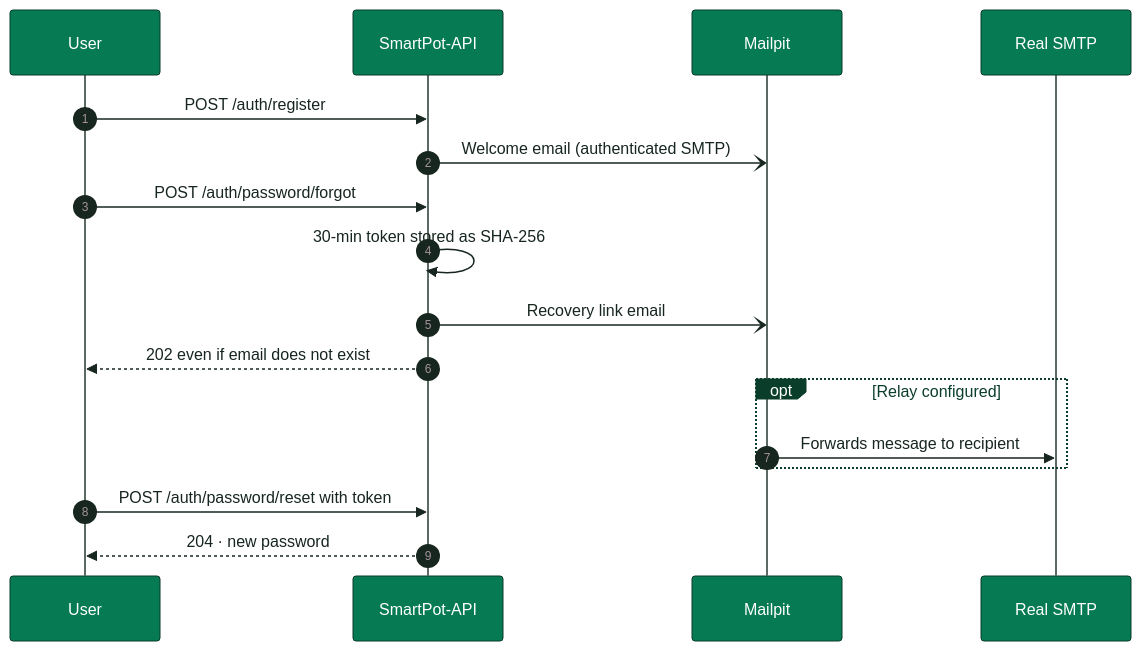
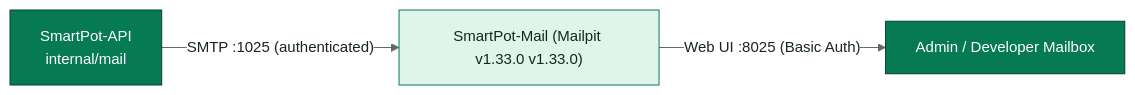
Before and after one commit to SmartPotTech/SmartPot-Mail: the second of 2 diagrams in docs/SmartPot_Mail_Documentation.md, drawn with Mermaid. The commit also changed other lines of this file and 8 other files, not shown here.

Commit message:
docs(specs): synchronize 100% english documentation, diagrams, and formal deliverables

````diff
--- a/docs/SmartPot_Mail_Documentation.md
+++ b/docs/SmartPot_Mail_Documentation.md
@@ -76,20 +61,10 @@
 ```mermaid
 %%{init: {"theme": "base", "fontFamily": "Segoe UI, Arial, sans-serif", "themeVariables": {"fontFamily": "Segoe UI, Arial, sans-serif", "fontSize": "15px", "primaryColor": "#DDF5EA", "primaryTextColor": "#17261F", "primaryBorderColor": "#067A52", "secondaryColor": "#E3F2FB", "secondaryTextColor": "#17261F", "secondaryBorderColor": "#1F6FA0", "tertiaryColor": "#F2F7F4", "tertiaryTextColor": "#17261F", "tertiaryBorderColor": "#D5E3DC", "lineColor": "#5B6B63", "textColor": "#17261F", "mainBkg": "#DDF5EA", "nodeBorder": "#067A52", "clusterBkg": "#F7FAF8", "clusterBorder": "#D5E3DC", "edgeLabelBackground": "#FFFFFF", "actorBkg": "#067A52", "actorBorder": "#0B3D2B", "actorTextColor": "#FFFFFF", "actorLineColor": "#5B6B63", "signalColor": "#17261F", "signalTextColor": "#17261F", "labelBoxBkgColor": "#0B3D2B", "labelBoxBorderColor": "#0B3D2B", "labelTextColor": "#FFFFFF", "loopTextColor": "#0B3D2B", "noteBkgColor": "#FDF4DD", "noteBorderColor": "#C98D12", "noteTextColor": "#17261F", "activationBkgColor": "#DDF5EA", "activationBorderColor": "#067A52", "attributeBackgroundColorOdd": "#FFFFFF", "attributeBackgroundColorEven": "#F2F7F4"}}}%%
-sequenceDiagram
-  autonumber
-  participant P as User
-  participant A as SmartPot-API
-  participant M as Mailpit
-  participant R as Real SMTP
-  P->>A: POST /auth/register
-  A-)M: Welcome email (authenticated SMTP)
-  P->>A: POST /auth/password/forgot
-  A->>A: 30-min token stored as SHA-256
-  A-)M: Recovery link email
-  A-->>P: 202 even if email does not exist
-  opt Relay configured
-    M->>R: Forwards message to recipient
-  end
-  P->>A: POST /auth/password/reset with token
-  A-->>P: 204 · new password
+flowchart LR
+  api["SmartPot-API<br/>internal/mail"] -->|"SMTP :1025 (authenticated)"| mailpit["SmartPot-Mail (Mailpit v1.33.0 v1.33.0)"]
+  mailpit -->|"Web UI :8025 (Basic Auth)"| admin["Admin / Developer Mailbox"]
+  classDef core fill:#067A52,stroke:#0B3D2B,color:#FFFFFF
+  classDef leaf fill:#DDF5EA,stroke:#067A52,color:#17261F
+  class api,admin core
+  class mailpit leaf
 ```
````
